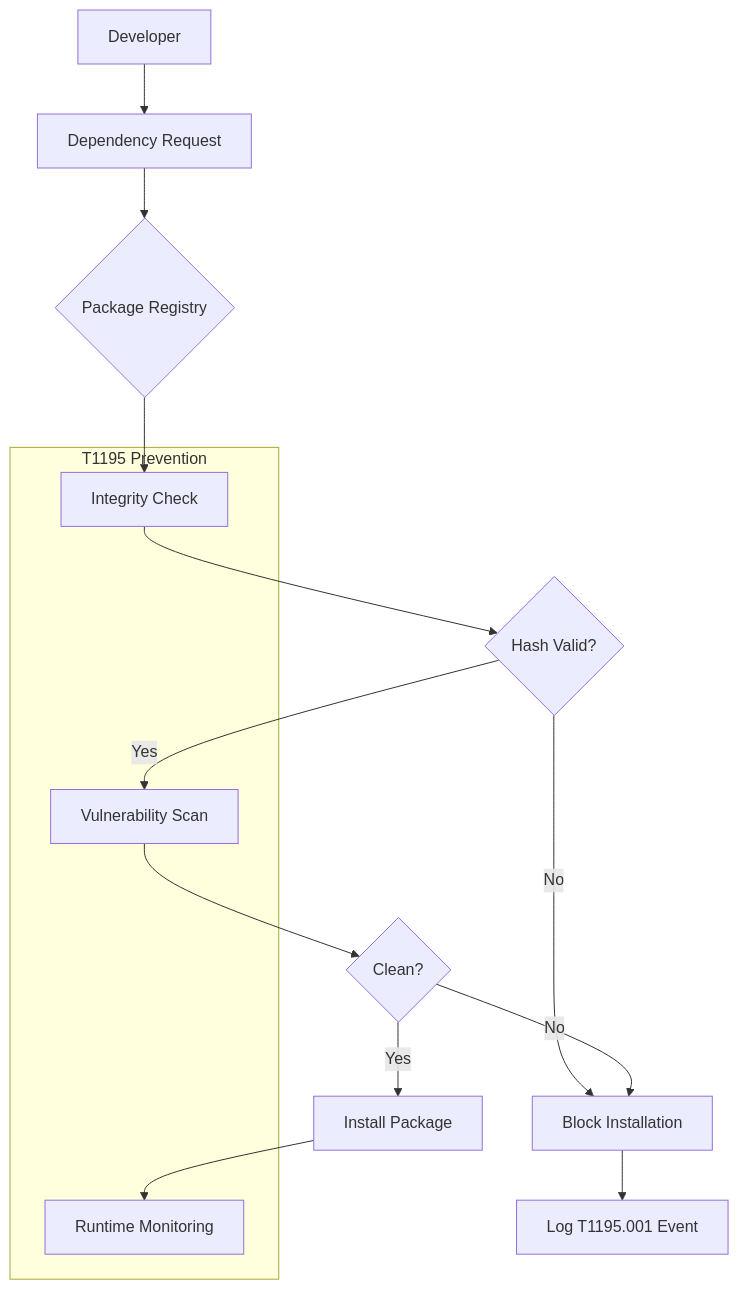
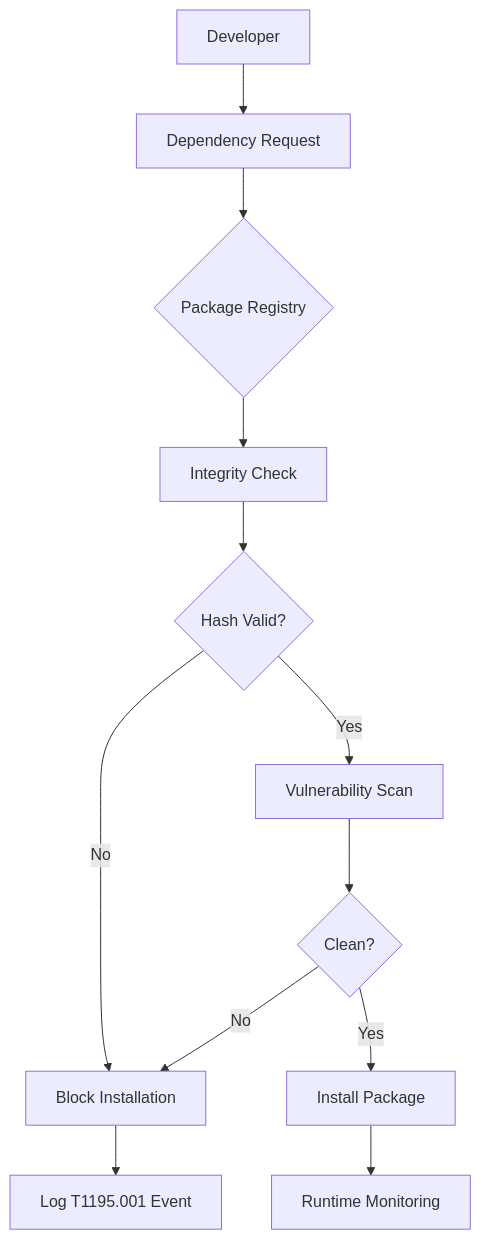
Before and after one commit to codebytes/mitre-attack-for-devs: the third of 7 diagrams in slides/Slides.md, drawn with Mermaid. The commit also changed other lines of this file, not shown here.

Commit message:
Fix Mermaid diagrams: remove subgraphs causing render failures

```diff
--- a/slides/Slides.md
+++ b/slides/Slides.md
@@ -794,22 +794,14 @@
 <div class="mermaid">
 flowchart TD
     A[Developer] --> B[Dependency Request]
     B --> C{Package Registry}
-    
     C --> D[Integrity Check]
     D --> E{Hash Valid?}
     E -->|No| F[Block Installation]
     E -->|Yes| G[Vulnerability Scan]
     G --> H{Clean?}
     H -->|No| F
     H -->|Yes| I[Install Package]
-    
     F --> J[Log T1195.001 Event]
     I --> K[Runtime Monitoring]
-    
-    subgraph "T1195 Prevention"
-        D
-        G
-        K
-    end
 </div>
```
